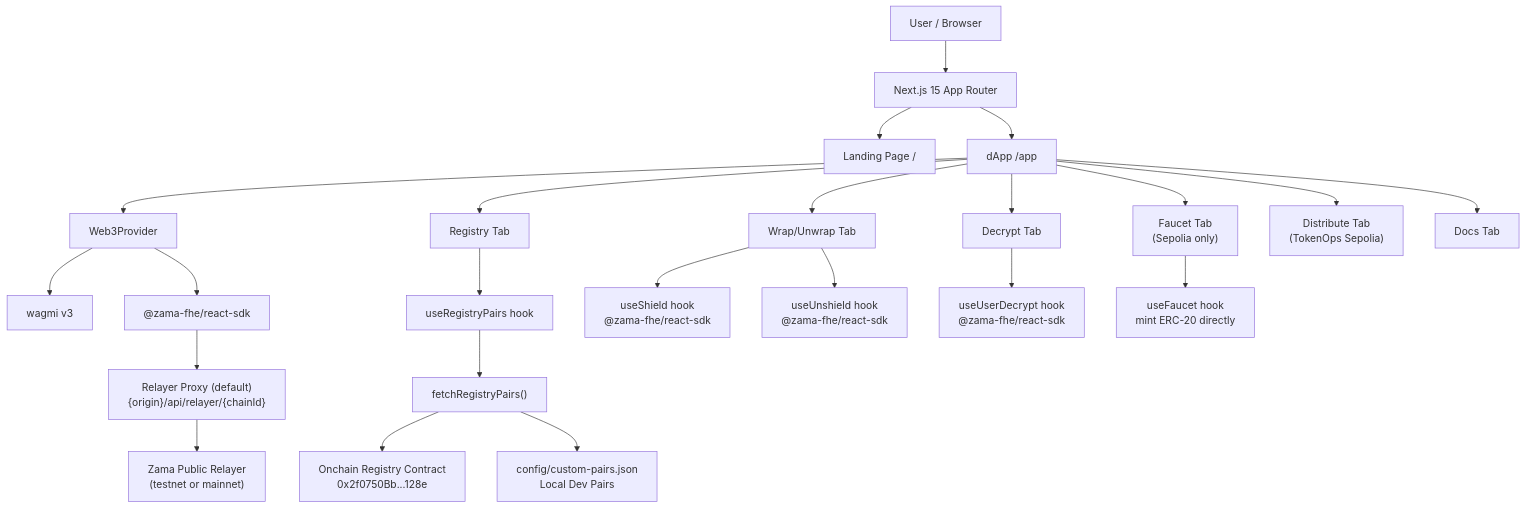
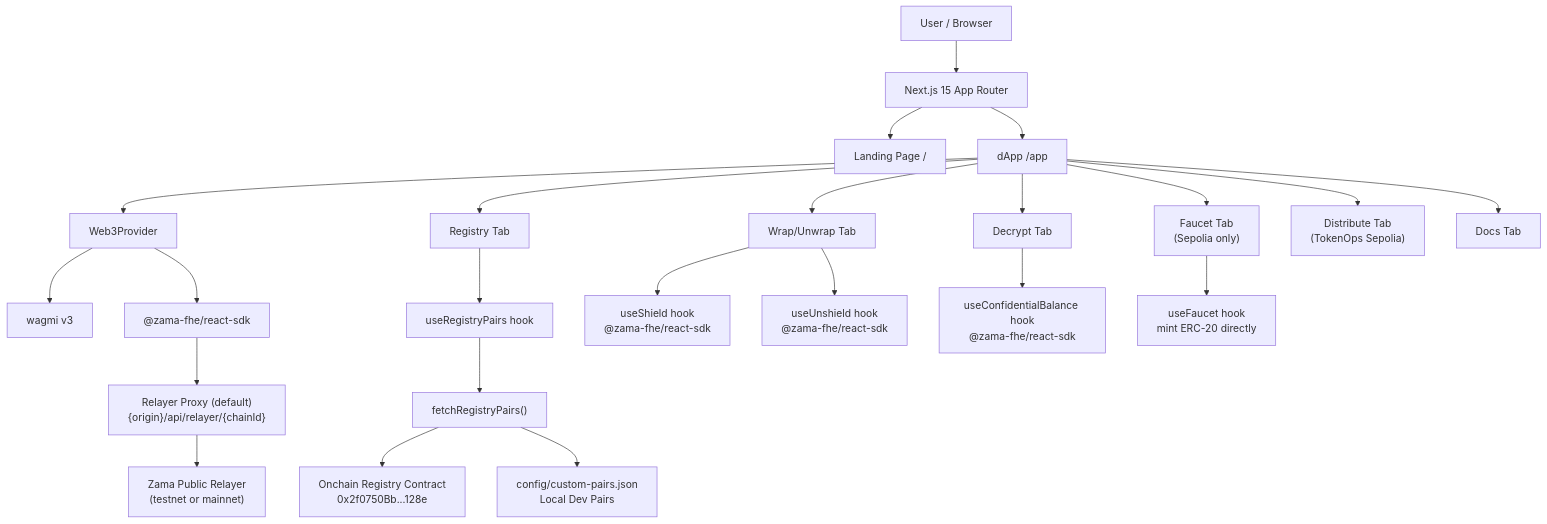
One commit to pramadanif/macetz changed the first of 6 diagrams in README.md. Above: the diagram before and after it, drawn with Mermaid. The commit also changed other lines of this file and 4 other files, not shown here.

````diff
--- a/README.md
+++ b/README.md
@@ -173,32 +173,32 @@
 ```mermaid
 graph TD
     A["User / Browser"] --> B["Next.js 15 App Router"]
     B --> C["Landing Page /"]
     B --> D["dApp /app"]
 
     D --> E["Web3Provider"]
     E --> F["wagmi v3"]
     E --> G["@zama-fhe/react-sdk"]
 
     D --> H["Registry Tab"]
     D --> I["Wrap/Unwrap Tab"]
     D --> J["Decrypt Tab"]
     D --> K["Faucet Tab\n(Sepolia only)"]
     D --> L2["Distribute Tab\n(TokenOps Sepolia)"]
     D --> L3["Docs Tab"]
 
     H --> L["useRegistryPairs hook"]
     L --> M["fetchRegistryPairs()"]
     M --> N["Onchain Registry Contract\n0x2f0750Bb...128e"]
     M --> O["config/custom-pairs.json\nLocal Dev Pairs"]
 
     I --> P["useShield hook\n@zama-fhe/react-sdk"]
     I --> Q["useUnshield hook\n@zama-fhe/react-sdk"]
 
-    J --> R["useUserDecrypt hook\n@zama-fhe/react-sdk"]
+    J --> R["useConfidentialBalance hook\n@zama-fhe/react-sdk"]
 
     K --> S["useFaucet hook\nmint ERC-20 directly"]
 
     G --> T["Relayer Proxy (default)\n{origin}/api/relayer/{chainId}"]
     T --> U["Zama Public Relayer\n(testnet or mainnet)"]
 ```
````
